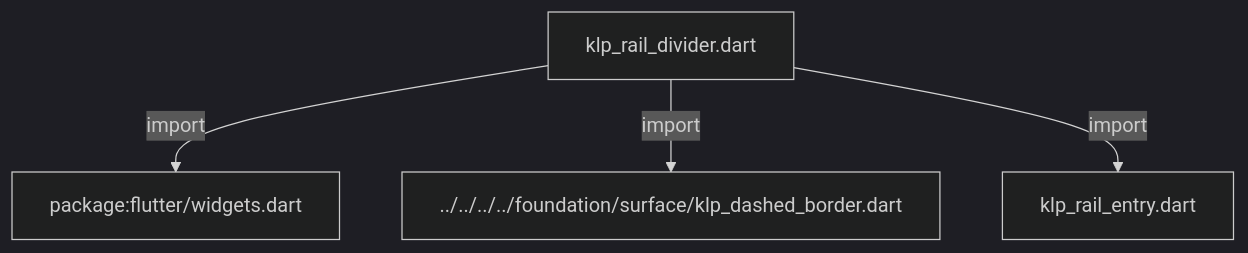
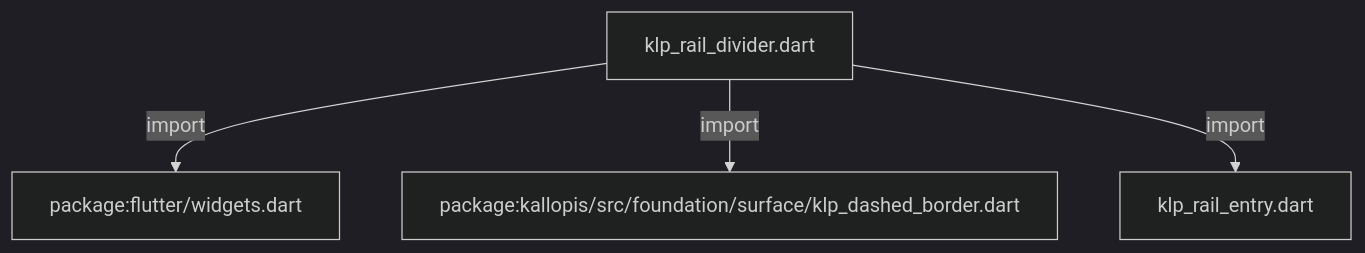
One commit to MiuDog/Kallopis changed the first of 3 diagrams in docs/architecture/src/features/navigation/widgets/rail/klp_rail_divider.md. Above: the diagram before and after it, drawn with Mermaid (dark theme). The commit also changed other lines of this file and 9688 other files, not shown here.

Commit message:
Prepare isolated Flow F2 peer baseline

````diff
--- a/docs/architecture/src/features/navigation/widgets/rail/klp_rail_divider.md
+++ b/docs/architecture/src/features/navigation/widgets/rail/klp_rail_divider.md
@@ -11,10 +11,10 @@
 ```mermaid
 flowchart TD
 	n0["klp_rail_divider.dart"]
 	n1["package:flutter/widgets.dart"]
-	n2["../../../../foundation/surface/klp_dashed_border.dart"]
+	n2["package:kallopis/src/foundation/surface/klp_dashed_border.dart"]
 	n3["klp_rail_entry.dart"]
 	n0 -->|"import"| n1
 	n0 -->|"import"| n2
 	n0 -->|"import"| n3
 ```
````
